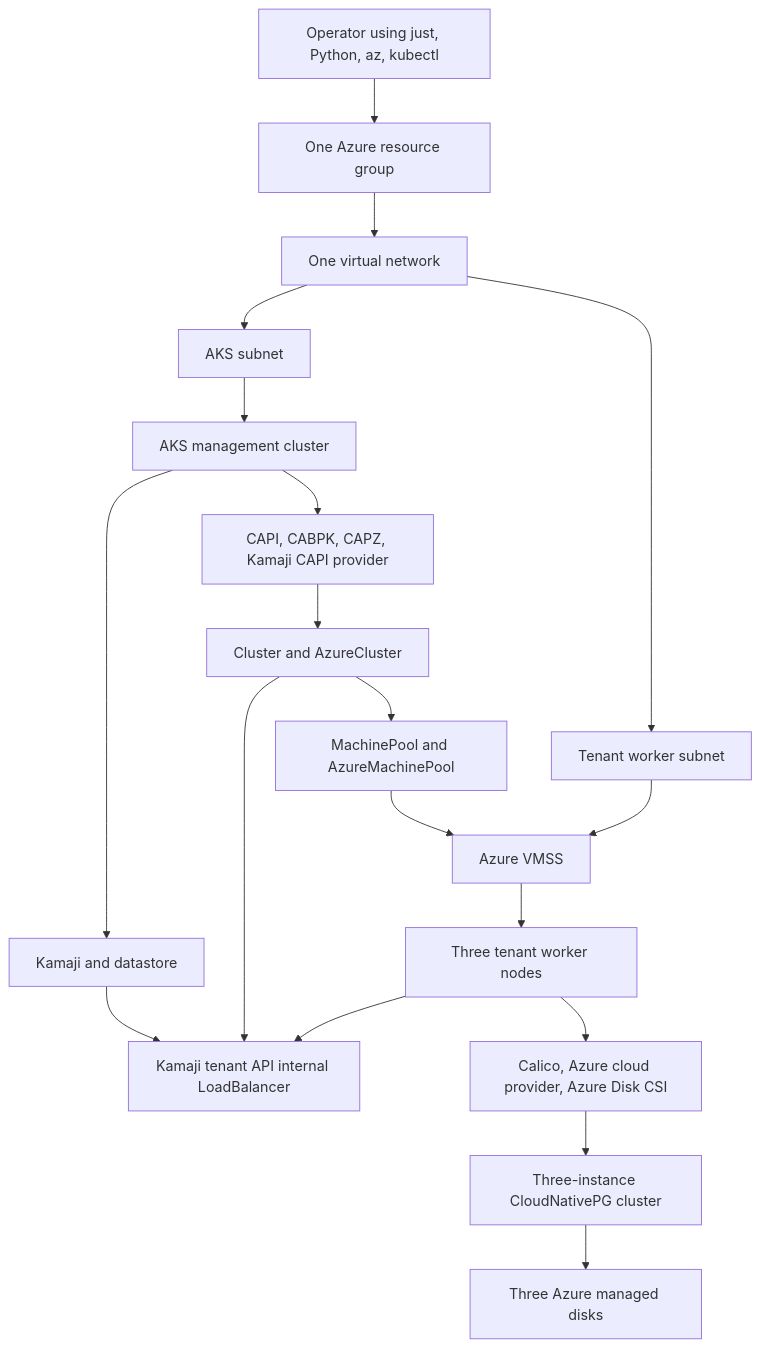
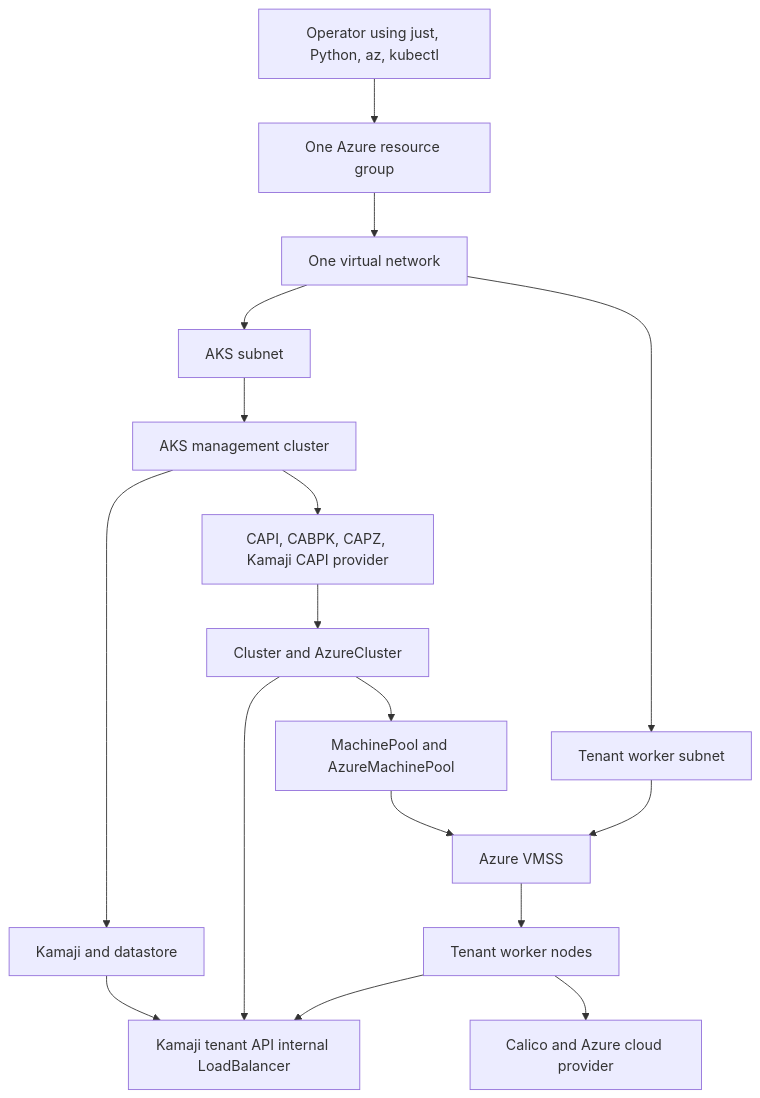
Before and after one commit to youyuanwu/cnpg-vcluster: the diagram in capi/docs/azure-experiment-design.md, drawn with Mermaid. The commit also changed other lines of this file and 71 other files, not shown here.

First line of the commit message:
[Tenant Lifecycle Refactor] Add provider-neutral local and Azure tenant lifecycle (#13)

````diff
--- a/capi/docs/azure-experiment-design.md
+++ b/capi/docs/azure-experiment-design.md
@@ -79,38 +79,34 @@
 ```mermaid
 flowchart TB
   Operator[Operator using just, Python, az, kubectl]
   AzureRG[One Azure resource group]
   VNet[One virtual network]
   AKSSubnet[AKS subnet]
   TenantSubnet[Tenant worker subnet]
   AKS[AKS management cluster]
   Controllers[CAPI, CABPK, CAPZ, Kamaji CAPI provider]
   Kamaji[Kamaji and datastore]
   TenantAPI[Kamaji tenant API internal LoadBalancer]
   Cluster[Cluster and AzureCluster]
   Pool[MachinePool and AzureMachinePool]
   VMSS[Azure VMSS]
-  Workers[Three tenant worker nodes]
-  Addons[Calico, Azure cloud provider, Azure Disk CSI]
-  CNPG[Three-instance CloudNativePG cluster]
-  Disks[Three Azure managed disks]
+  Workers[Tenant worker nodes]
+  Addons[Calico and Azure cloud provider]
 
   Operator --> AzureRG
   AzureRG --> VNet
   VNet --> AKSSubnet
   VNet --> TenantSubnet
   AKSSubnet --> AKS
   AKS --> Controllers
   AKS --> Kamaji
   Kamaji --> TenantAPI
   Controllers --> Cluster
   Cluster --> TenantAPI
   Cluster --> Pool
   Pool --> VMSS
   TenantSubnet --> VMSS
   VMSS --> Workers
   Workers --> TenantAPI
   Workers --> Addons
-  Addons --> CNPG
-  CNPG --> Disks
 ```
````
